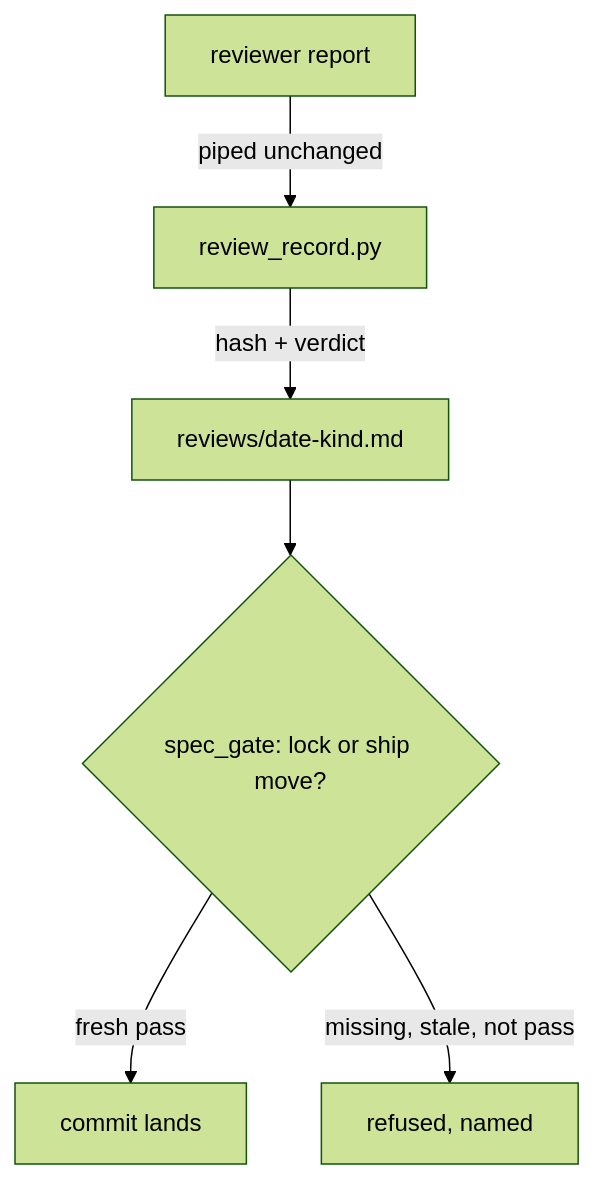
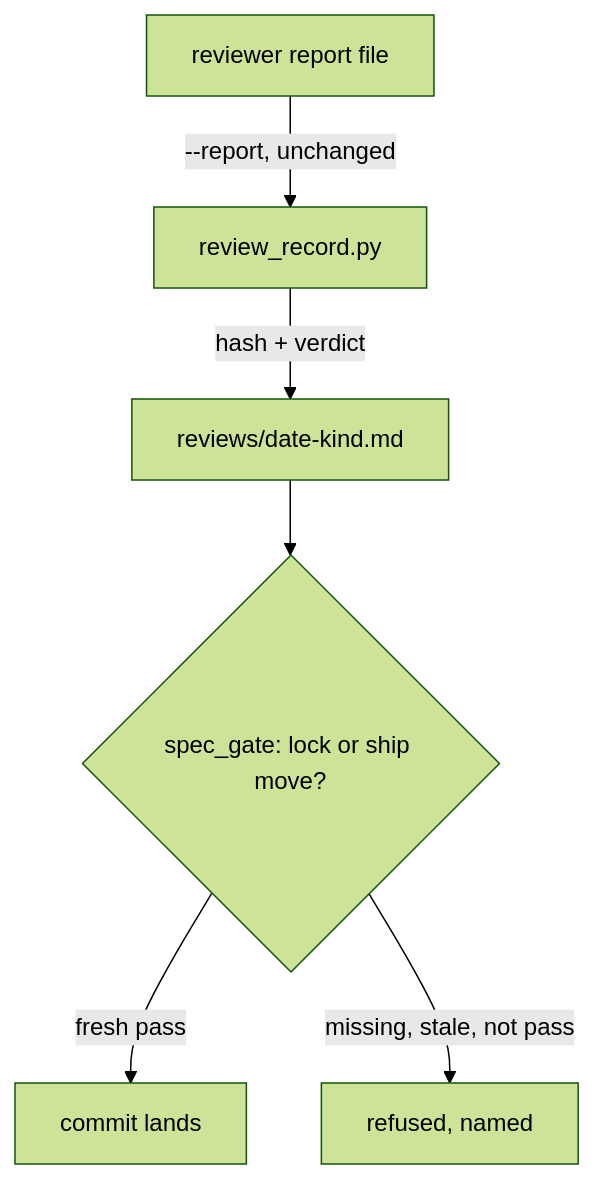
One commit to sibulus13/claudence changed the diagram in docs/work/review-records/README.md. Above: the diagram before and after it, drawn with Mermaid (forest theme). The commit also changed other lines of this file and 7 other files, not shown here.

First line of the commit message:
docs(work): architect patch lists after second fix-first (D32-D34)

````diff
--- a/docs/work/review-records/README.md
+++ b/docs/work/review-records/README.md
@@ -17,8 +17,8 @@
 ```mermaid
 flowchart TD
-  R[reviewer report] -->|piped unchanged| S[review_record.py]
+  R[reviewer report file] -->|--report, unchanged| S[review_record.py]
   S -->|hash + verdict| F[reviews/date-kind.md]
   F --> G{spec_gate: lock or ship move?}
   G -->|fresh pass| OK[commit lands]
   G -->|missing, stale, not pass| NO[refused, named]
 ```
````
